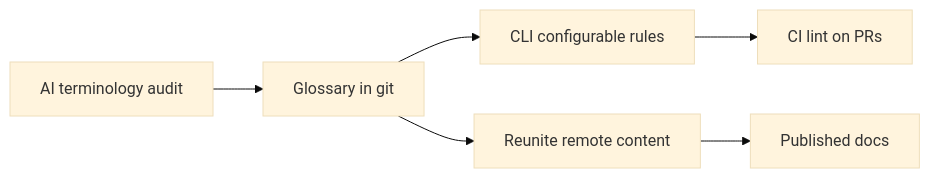
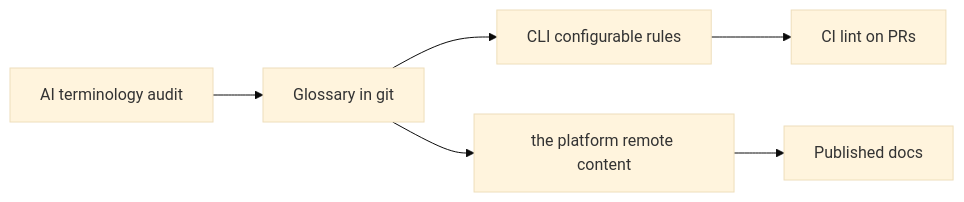
One commit to riboflavin/redocly-site changed the diagram in learn/ai-for-docs/ai-check-terminology-consistency-across-docs.md. Above: the diagram before and after it, drawn with Mermaid (base theme). The commit also changed other lines of this file and 105 other files, not shown here.

````diff
--- a/learn/ai-for-docs/ai-check-terminology-consistency-across-docs.md
+++ b/learn/ai-for-docs/ai-check-terminology-consistency-across-docs.md
@@ -69,8 +69,8 @@
 ```mermaid
 graph LR
   A[AI terminology audit] --> B[Glossary in git]
   B --> C[CLI configurable rules]
   C --> D[CI lint on PRs]
-  B --> E[Reunite remote content]
+  B --> E[the platform remote content]
   E --> F[Published docs]
 ```
````
